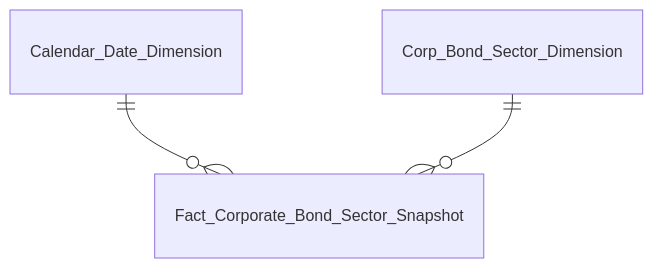
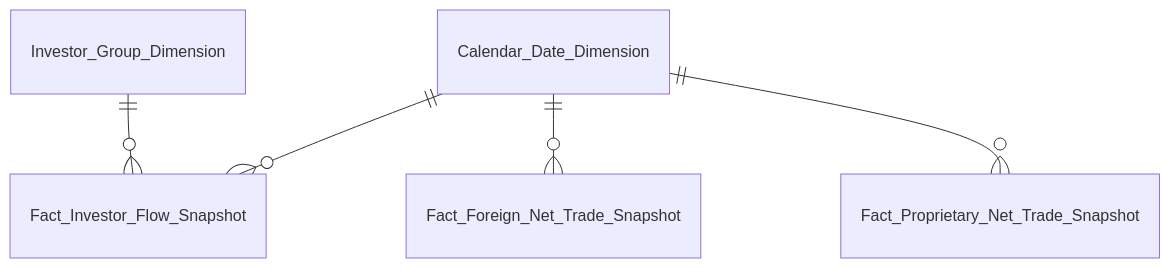
One commit to linhlvit/ubck_atomic_design changed the fifth of 9 diagrams in Datamart/hld/DTM_PTTT_Entities.md. Above: the diagram before and after it, drawn with Mermaid. The commit also changed other lines of this file and 70 other files, not shown here.

````diff
--- a/Datamart/hld/DTM_PTTT_Entities.md
+++ b/Datamart/hld/DTM_PTTT_Entities.md
@@ -153,5 +93,7 @@
 ```mermaid
 erDiagram
-    Calendar_Date_Dimension ||--o{ Fact_Corporate_Bond_Sector_Snapshot : " "
-    Corp_Bond_Sector_Dimension ||--o{ Fact_Corporate_Bond_Sector_Snapshot : " "
+    Calendar_Date_Dimension ||--o{ Fact_Investor_Flow_Snapshot : " "
+    Investor_Group_Dimension ||--o{ Fact_Investor_Flow_Snapshot : " "
+    Calendar_Date_Dimension ||--o{ Fact_Foreign_Net_Trade_Snapshot : " "
+    Calendar_Date_Dimension ||--o{ Fact_Proprietary_Net_Trade_Snapshot : " "
 ```
````
